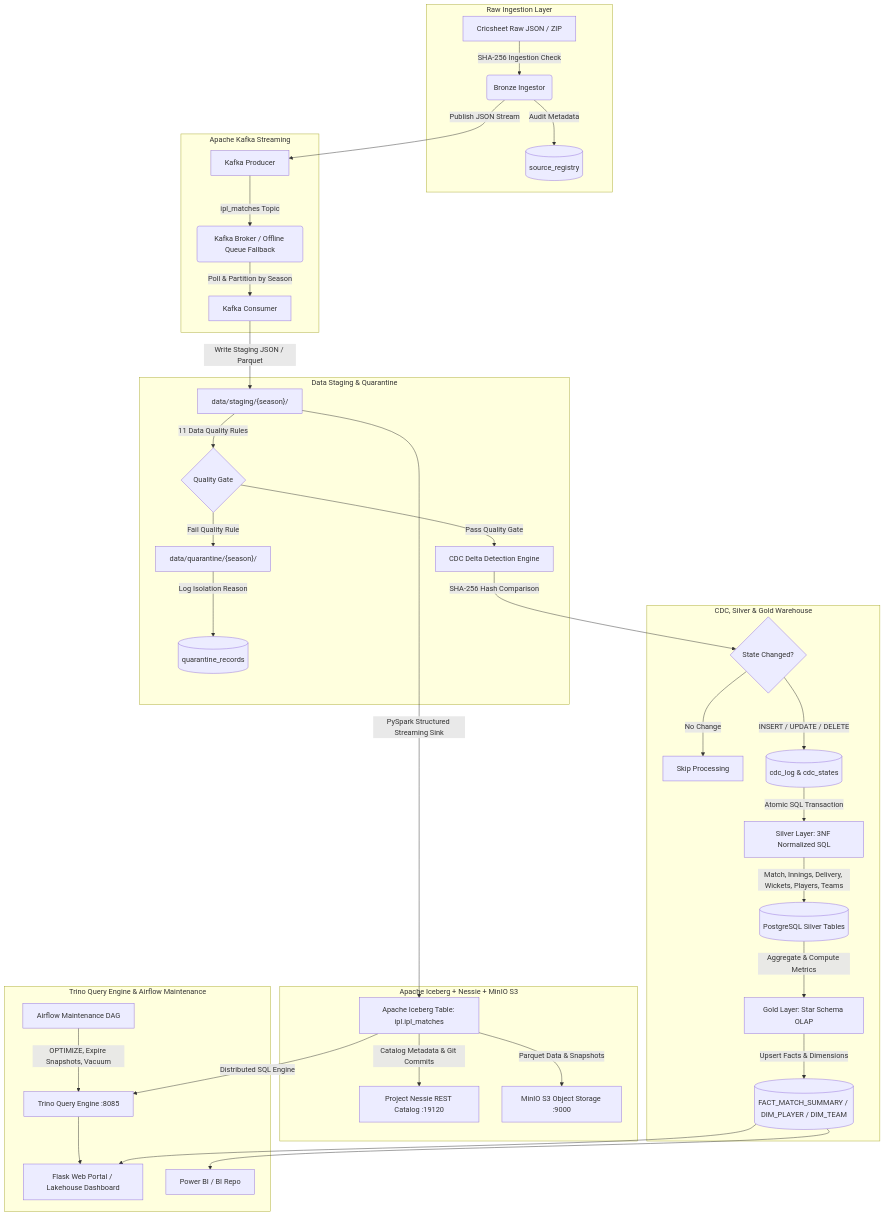
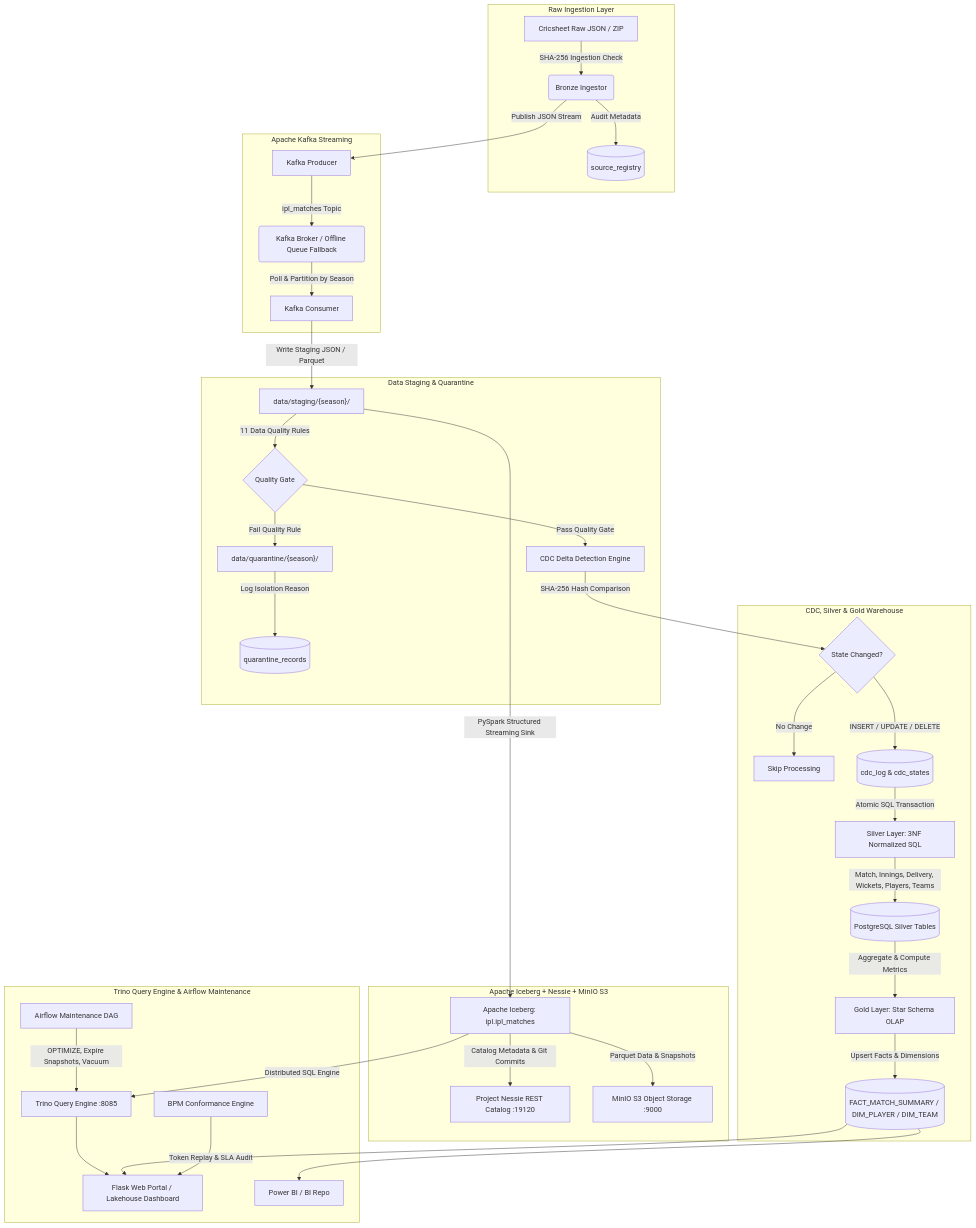
The diagram in README.md (Sri-Krishnan007/END-TO-END-CRICKET-DATA-ENGINEERING), drawn with Mermaid before and after one commit. The commit also changed other lines of this file and 2 other files, not shown here.

Commit message:
docs: update architecture documentation with open lakehouse and business process mining components

````diff
--- a/README.md
+++ b/README.md
@@ -46,45 +56,46 @@
 ```mermaid
 flowchart TD
     subgraph Bronze Layer [Raw Ingestion Layer]
         A[Cricsheet Raw JSON / ZIP] -->|SHA-256 Ingestion Check| B(Bronze Ingestor)
         B -->|Audit Metadata| C[(source_registry)]
     end
 
     subgraph Messaging Layer [Apache Kafka Streaming]
         B -->|Publish JSON Stream| D[Kafka Producer]
         D -->|ipl_matches Topic| E(Kafka Broker / Offline Queue Fallback)
         E -->|Poll & Partition by Season| F[Kafka Consumer]
     end
 
     subgraph Staging & Quality [Data Staging & Quarantine]
         F -->|Write Staging JSON / Parquet| G["data/staging/{season}/"]
         G -->|11 Data Quality Rules| H{Quality Gate}
         H -->|Fail Quality Rule| I["data/quarantine/{season}/"]
         I -->|Log Isolation Reason| J[(quarantine_records)]
         H -->|Pass Quality Gate| K[CDC Delta Detection Engine]
     end
 
     subgraph Incremental Transformation [CDC, Silver & Gold Warehouse]
         K -->|SHA-256 Hash Comparison| L{State Changed?}
         L -->|No Change| M[Skip Processing]
         L -->|INSERT / UPDATE / DELETE| N[(cdc_log & cdc_states)]
         N -->|Atomic SQL Transaction| O[Silver Layer: 3NF Normalized SQL]
         O -->|Match, Innings, Delivery, Wickets, Players, Teams| P[(PostgreSQL Silver Tables)]
         P -->|Aggregate & Compute Metrics| Q[Gold Layer: Star Schema OLAP]
         Q -->|Upsert Facts & Dimensions| R[(FACT_MATCH_SUMMARY / DIM_PLAYER / DIM_TEAM)]
     end
 
     subgraph Lakehouse Layer [Apache Iceberg + Nessie + MinIO S3]
-        G -->|PySpark Structured Streaming Sink| LH1[Apache Iceberg Table: ipl.ipl_matches]
+        G -->|PySpark Structured Streaming Sink| LH1[Apache Iceberg: ipl.ipl_matches]
         LH1 -->|Catalog Metadata & Git Commits| LH2[Project Nessie REST Catalog :19120]
         LH1 -->|Parquet Data & Snapshots| LH3[MinIO S3 Object Storage :9000]
     end
 
     subgraph Serving & Optimization [Trino Query Engine & Airflow Maintenance]
         LH1 -->|Distributed SQL Engine| TR[Trino Query Engine :8085]
         TR --> S[Flask Web Portal / Lakehouse Dashboard]
         R --> S
         R --> T[Power BI / BI Repo]
         AF[Airflow Maintenance DAG] -->|OPTIMIZE, Expire Snapshots, Vacuum| TR
+        BPM[BPM Conformance Engine] -->|Token Replay & SLA Audit| S
     end
 ```
````
